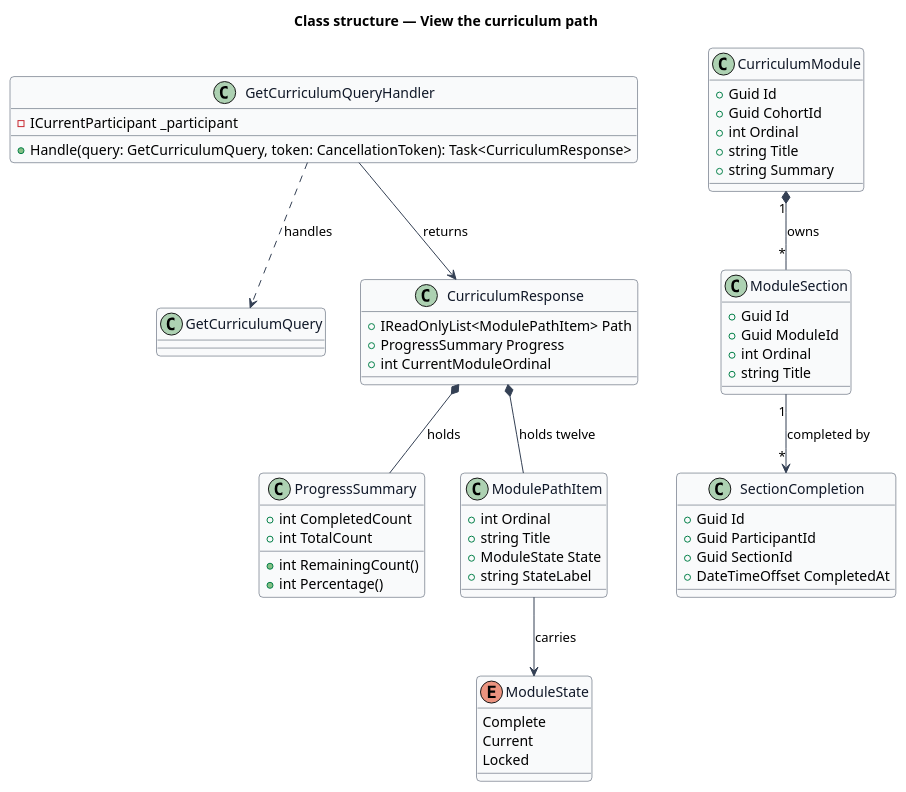
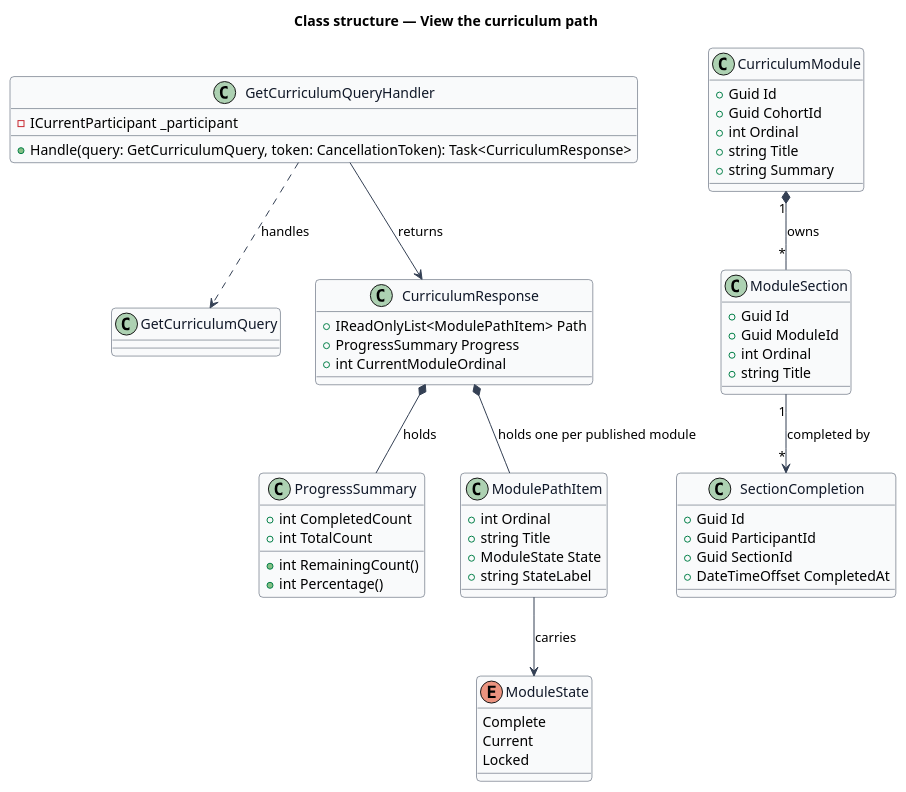
The diagram in docs/detailed-designs/curriculum/view-path/diagrams/class-structure.puml (QuinntyneBrown/quinntyne-brown-stewardship), drawn with PlantUML before and after one commit. The commit also changed 85 other files, not shown here.

```diff
--- a/docs/detailed-designs/curriculum/view-path/diagrams/class-structure.puml
+++ b/docs/detailed-designs/curriculum/view-path/diagrams/class-structure.puml
@@ -1,77 +1,77 @@
 @startuml
 skinparam backgroundColor #FFFFFF
 skinparam shadowing false
 skinparam roundcorner 8
 skinparam defaultFontName Arial
 skinparam ArrowColor #344054
 skinparam class {
   BorderColor #344054
   FontColor #101828
   BackgroundColor #F9FAFB
 }
 title Class structure — View the curriculum path
 
 enum ModuleState {
   Complete
   Current
   Locked
 }
 
 class CurriculumModule {
   +Guid Id
   +Guid CohortId
   +int Ordinal
   +string Title
   +string Summary
 }
 
 class ModuleSection {
   +Guid Id
   +Guid ModuleId
   +int Ordinal
   +string Title
 }
 
 class SectionCompletion {
   +Guid Id
   +Guid ParticipantId
   +Guid SectionId
   +DateTimeOffset CompletedAt
 }
 
 class ProgressSummary {
   +int CompletedCount
   +int TotalCount
   +int RemainingCount()
   +int Percentage()
 }
 
 class ModulePathItem {
   +int Ordinal
   +string Title
   +ModuleState State
   +string StateLabel
 }
 
 class GetCurriculumQuery {
 }
 
 class GetCurriculumQueryHandler {
   -ICurrentParticipant _participant
   +Handle(query: GetCurriculumQuery, token: CancellationToken): Task<CurriculumResponse>
 }
 
 class CurriculumResponse {
   +IReadOnlyList<ModulePathItem> Path
   +ProgressSummary Progress
   +int CurrentModuleOrdinal
 }
 
 CurriculumModule "1" *-- "*" ModuleSection : owns
 ModuleSection "1" --> "*" SectionCompletion : completed by
 ModulePathItem --> ModuleState : carries
 GetCurriculumQueryHandler ..> GetCurriculumQuery : handles
 GetCurriculumQueryHandler --> CurriculumResponse : returns
 CurriculumResponse *-- ProgressSummary : holds
-CurriculumResponse *-- ModulePathItem : holds twelve
+CurriculumResponse *-- ModulePathItem : holds one per published module
 @enduml
```
